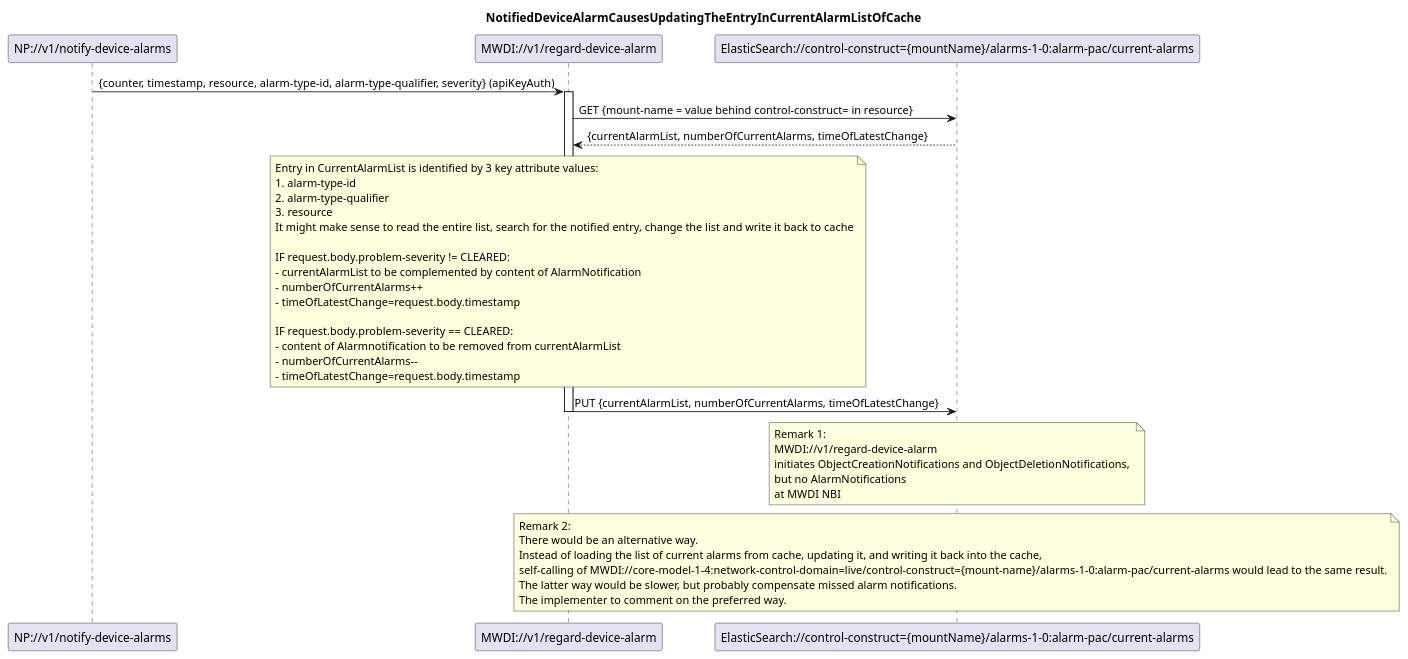
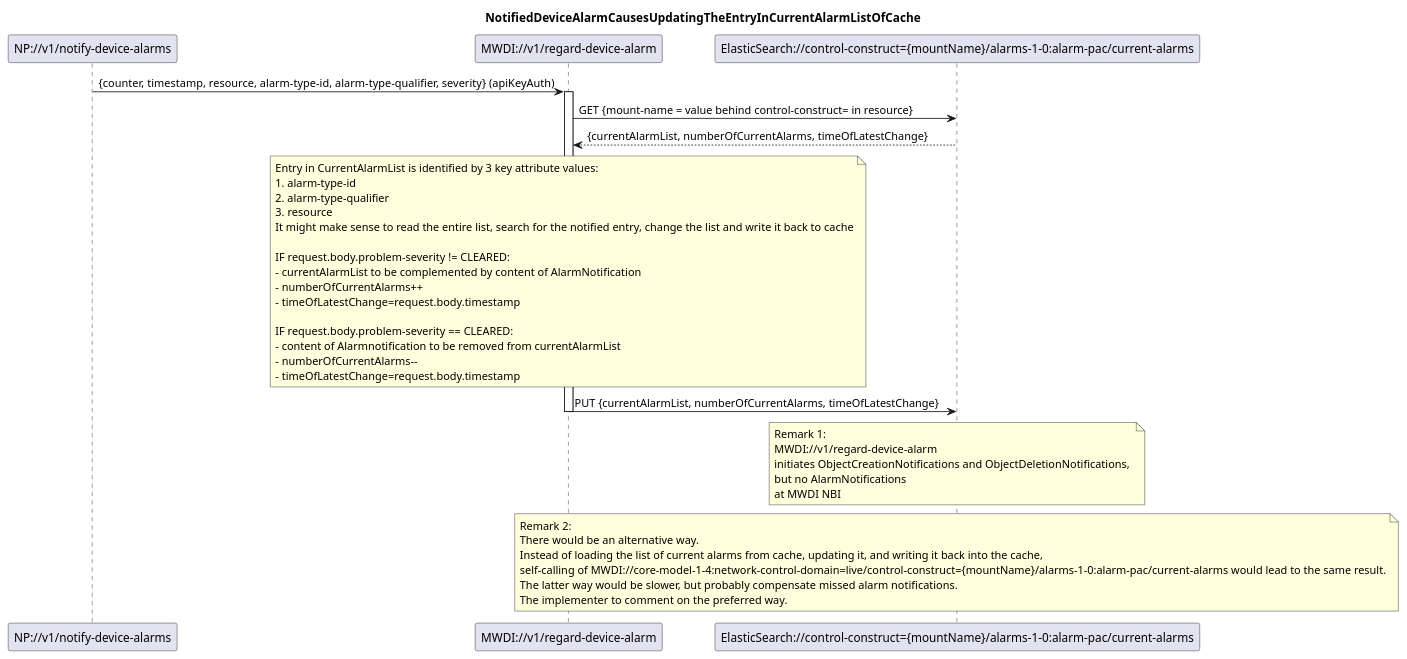
The diagram in spec/diagrams/022_NotificationBasedAlarmListUpdate.plantuml (openBackhaul/MicroWaveDeviceInventory), drawn with PlantUML before and after one commit. The commit also changed 4 other files, not shown here.

```diff
--- a/spec/diagrams/022_NotificationBasedAlarmListUpdate.plantuml
+++ b/spec/diagrams/022_NotificationBasedAlarmListUpdate.plantuml
@@ -1,55 +1,55 @@
 @startuml 022_NotificationBasedAlarmListUpdate
 
 skinparam responseMessageBelowArrow true
 
 title NotifiedDeviceAlarmCausesUpdatingTheEntryInCurrentAlarmListOfCache
 
 participant "NP://v1/notify-device-alarms" as subscription
 participant "MWDI://v1/regard-device-alarm" as regardAlarm
 participant "ElasticSearch://control-construct={mountName}/alarms-1-0:alarm-pac/current-alarms" as CurrentAlarms
 
 subscription -> regardAlarm: {counter, timestamp, resource, alarm-type-id, alarm-type-qualifier, severity} (apiKeyAuth)
 activate regardAlarm
 
 regardAlarm -> CurrentAlarms: GET {mount-name = value behind control-construct= in resource}
 CurrentAlarms --> regardAlarm: {currentAlarmList, numberOfCurrentAlarms, timeOfLatestChange}
 
 note over regardAlarm
 Entry in CurrentAlarmList is identified by 3 key attribute values:
 1. alarm-type-id
 2. alarm-type-qualifier
 3. resource
 It might make sense to read the entire list, search for the notified entry, change the list and write it back to cache
 
 IF request.body.problem-severity != CLEARED:
 - currentAlarmList to be complemented by content of AlarmNotification
 - numberOfCurrentAlarms++
 - timeOfLatestChange=request.body.timestamp
 
 IF request.body.problem-severity == CLEARED:
 - content of Alarmnotification to be removed from currentAlarmList
 - numberOfCurrentAlarms--
 - timeOfLatestChange=request.body.timestamp
 end note
 
 regardAlarm -> CurrentAlarms: PUT {currentAlarmList, numberOfCurrentAlarms, timeOfLatestChange}
 deactivate regardAlarm
 
 note over CurrentAlarms
 Remark 1: 
 MWDI://v1/regard-device-alarm 
 initiates ObjectCreationNotifications and ObjectDeletionNotifications, 
 but no AlarmNotifications 
 at MWDI NBI
 end note
 
 note over CurrentAlarms
 Remark 2: 
 There would be an alternative way.
 Instead of loading the list of current alarms from cache, updating it, and writing it back into the cache,
-self-calling of MWDI://core-model-1-4:network-control-domain=live/control-construct={mount-name}/alarms-1-0:alarm-pac/current-alarms would lead to the same result.
+self-calling of MWDI://core-model-1-4:network-control-domain=live/control-construct={mountName}/alarms-1-0:alarm-pac/current-alarms would lead to the same result.
 The latter way would be slower, but probably compensate missed alarm notifications.
 The implementer to comment on the preferred way.
 end note
 
 @enduml
```
